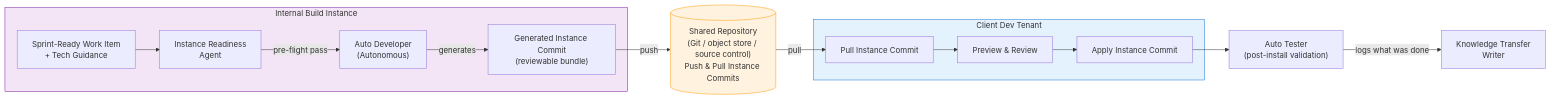
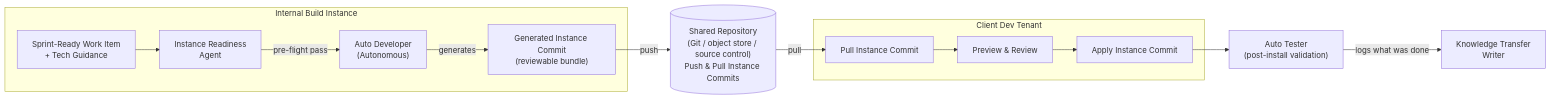
One commit to omars-lab/omars-lab.github.io changed the sixth of 14 diagrams in bytesofpurpose-blog/designs/2026-02-27-autonomous-build-agents.mdx. Above: the diagram before and after it, drawn with Mermaid. The commit also changed other lines of this file and 6 other files, not shown here.

First line of the commit message:
feat(designs): on-brand mermaid theme + dark-mode-adaptive diagrams

````diff
--- a/bytesofpurpose-blog/designs/2026-02-27-autonomous-build-agents.mdx
+++ b/bytesofpurpose-blog/designs/2026-02-27-autonomous-build-agents.mdx
@@ -532,34 +509,31 @@
 ```mermaid
 flowchart LR
     subgraph BUILD["Internal Build Instance"]
         STORY["Sprint-Ready Work Item<br/>+ Tech Guidance"]
         IRA["Instance Readiness<br/>Agent"]
         ADA["Auto Developer<br/>(Autonomous)"]
         USET["Generated Instance Commit<br/>(reviewable bundle)"]
 
         STORY --> IRA -->|"pre-flight pass"| ADA -->|"generates"| USET
     end
 
     REPO[("Shared Repository<br/>(Git / object store / source control)<br/>Push & Pull Instance Commits")]
 
     subgraph CUSTOMER["Client Dev Tenant"]
         PULL["Pull Instance Commit"]
         PREVIEW["Preview & Review"]
         COMMIT["Apply Instance Commit"]
 
         PULL --> PREVIEW --> COMMIT
     end
 
     USET -->|"push"| REPO
     REPO -->|"pull"| PULL
 
     ATA["Auto Tester<br/>(post-install validation)"]
     COMMIT --> ATA
 
     KTA["Knowledge Transfer<br/>Writer"]
     ATA -->|"logs what was done"| KTA
 
-    style BUILD fill:#f3e5f5,stroke:#7b1fa2
-    style CUSTOMER fill:#e3f2fd,stroke:#1976d2
-    style REPO fill:#fff3e0,stroke:#ff9800
 ```
````
